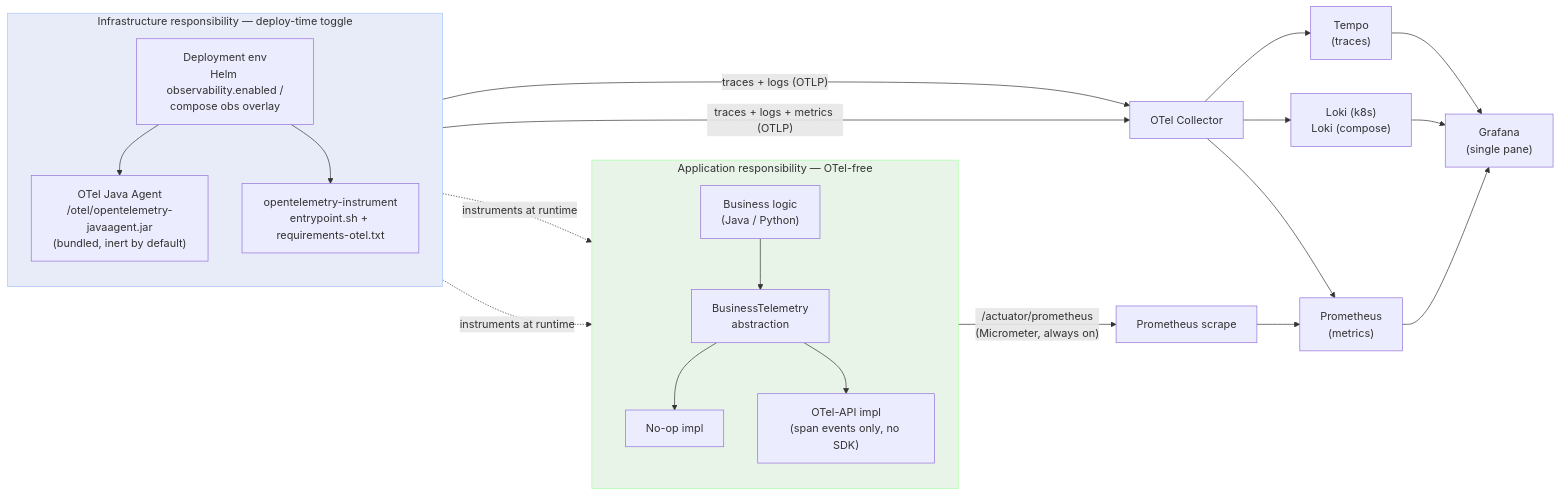
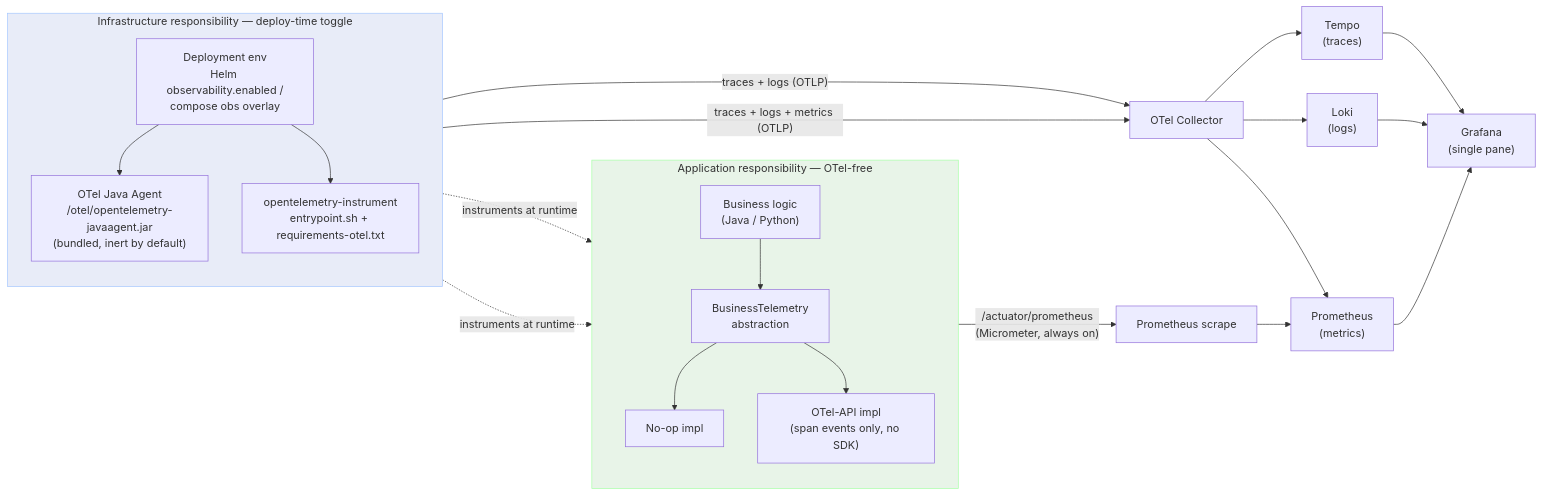
One commit to Labs64/labs64.io-helm-charts changed the first of 2 diagrams in OBSERVABILITY.md. Above: the diagram before and after it, drawn with Mermaid. The commit also changed other lines of this file, not shown here.

````diff
--- a/OBSERVABILITY.md
+++ b/OBSERVABILITY.md
@@ -41,29 +41,29 @@
 ```mermaid
 flowchart LR
     subgraph appcode["Application responsibility — OTel-free"]
         direction TB
         BIZ["Business logic<br/>(Java / Python)"] --> BT["BusinessTelemetry<br/>abstraction"]
         BT --> NOOP["No-op impl"]
         BT --> OIMPL["OTel-API impl<br/>(span events only, no SDK)"]
     end
     subgraph infra["Infrastructure responsibility — deploy-time toggle"]
         direction TB
         AGENT["OTel Java Agent<br/>/otel/opentelemetry-javaagent.jar<br/>(bundled, inert by default)"]
         PYI["opentelemetry-instrument<br/>entrypoint.sh + requirements-otel.txt"]
         ENV["Deployment env<br/>Helm observability.enabled /<br/>compose obs overlay"]
     end
     ENV --> AGENT & PYI
     AGENT -. "instruments at runtime" .-> appcode
     PYI -. "instruments at runtime" .-> appcode
     AGENT -- "traces + logs (OTLP)" --> COL["OTel Collector"]
     PYI -- "traces + logs + metrics (OTLP)" --> COL
     appcode -- "/actuator/prometheus<br/>(Micrometer, always on)" --> SCRAPE["Prometheus scrape"]
     COL --> TEMPO["Tempo<br/>(traces)"]
-    COL --> LOGS["Loki (k8s)<br/>Loki (compose)"]
+    COL --> LOGS["Loki<br/>(logs)"]
     COL --> PROM["Prometheus<br/>(metrics)"]
     SCRAPE --> PROM
     PROM & TEMPO & LOGS --> GRAF["Grafana<br/>(single pane)"]
 
     style appcode fill:#e8f4e8,stroke:#a6ffa6,color:#333
     style infra fill:#e8ecf8,stroke:#a6c8ff,color:#333
 ```
````
